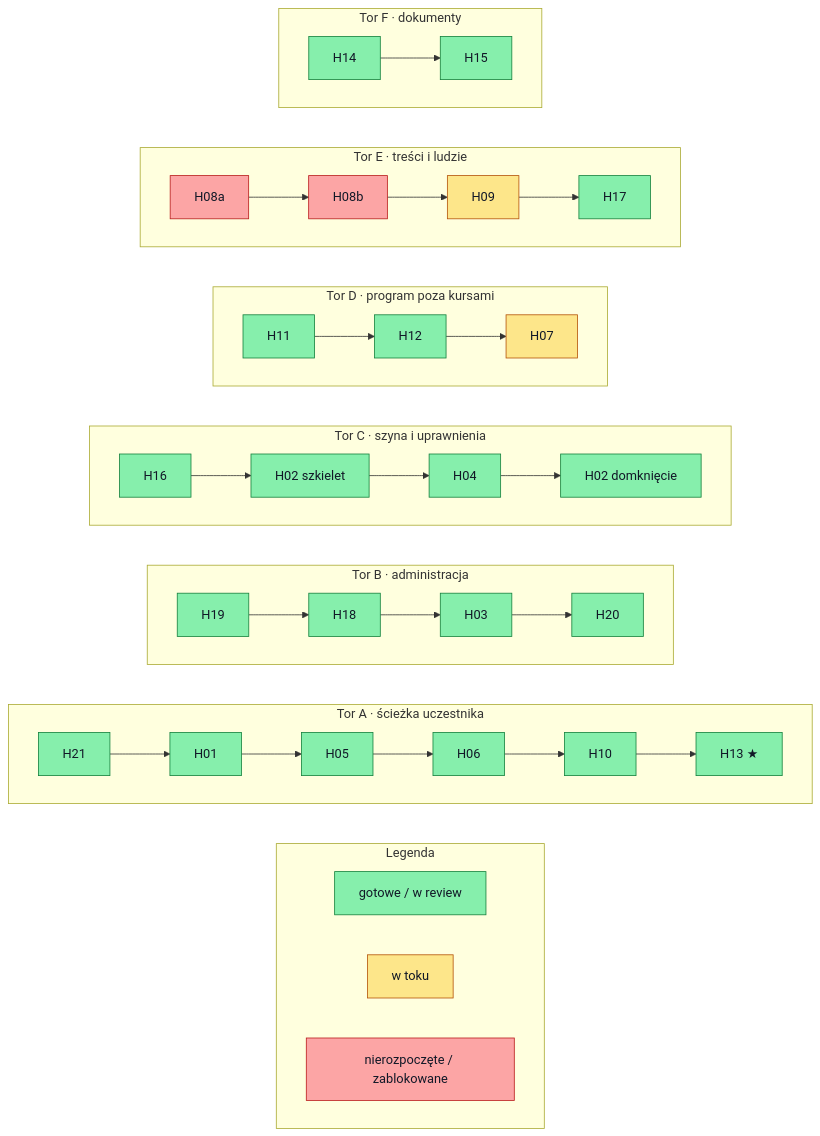
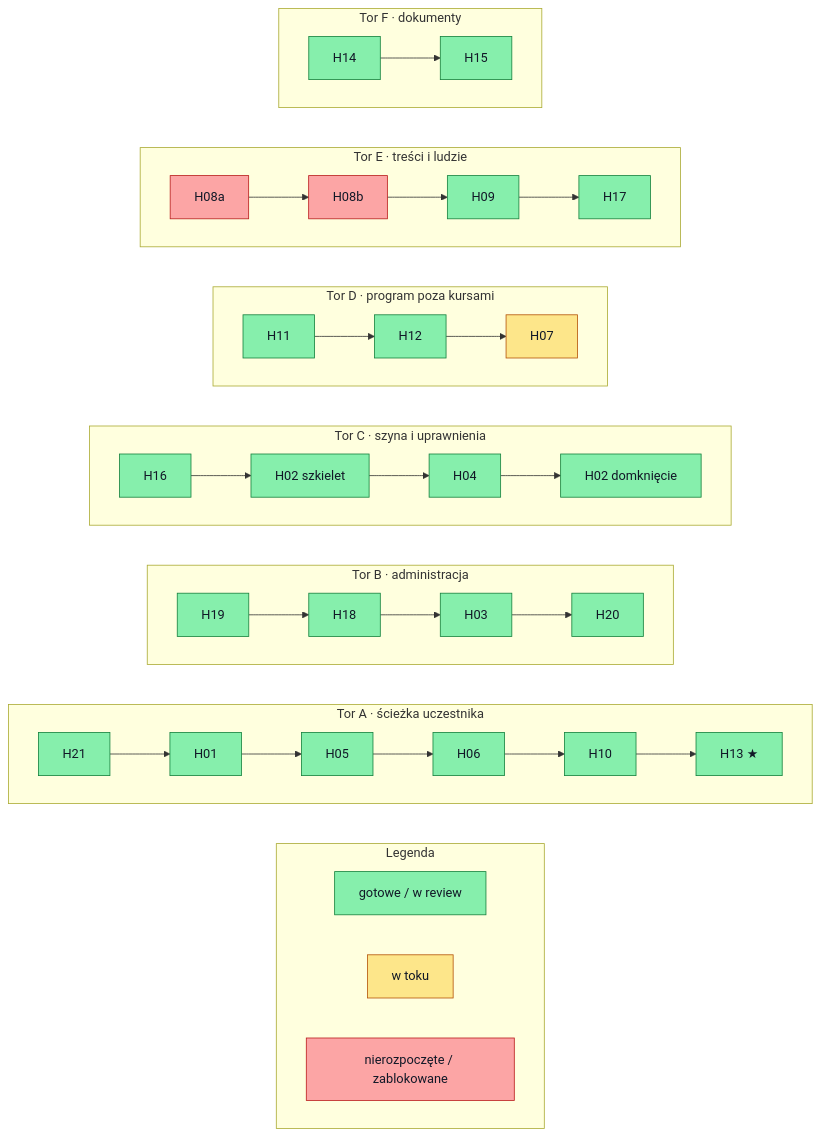
One commit to tomekwilczak/psychon-hackaton changed the fourth of 5 diagrams in docs/hackathon/05-zaleznosci-pakietow.md. Above: the diagram before and after it, drawn with Mermaid. The commit also changed other lines of this file, not shown here.

````diff
--- a/docs/hackathon/05-zaleznosci-pakietow.md
+++ b/docs/hackathon/05-zaleznosci-pakietow.md
@@ -227,37 +227,37 @@
 ```mermaid
 flowchart LR
   classDef done fill:#86efac,stroke:#15803d,color:#111827
   classDef wip fill:#fde68a,stroke:#b45309,color:#111827
   classDef todo fill:#fca5a5,stroke:#b91c1c,color:#111827
 
   subgraph LG["Legenda"]
     direction LR
     L1["gotowe / w review"]:::done
     L2["w toku"]:::wip
     L3["nierozpoczęte / zablokowane"]:::todo
   end
   subgraph TA["Tor A · ścieżka uczestnika"]
     direction LR
     A0["H21"]:::done --> A1["H01"]:::done --> A2["H05"]:::done --> A3["H06"]:::done --> A4["H10"]:::done --> A5["H13 ★"]:::done
   end
   subgraph TB["Tor B · administracja"]
     direction LR
     B0["H19"]:::done --> B1["H18"]:::done --> B2["H03"]:::done --> B3["H20"]:::done
   end
   subgraph TC["Tor C · szyna i uprawnienia"]
     direction LR
     C0["H16"]:::done --> C1["H02 szkielet"]:::done --> C2["H04"]:::done --> C3["H02 domknięcie"]:::done
   end
   subgraph TD["Tor D · program poza kursami"]
     direction LR
     D0["H11"]:::done --> D1["H12"]:::done --> D2["H07"]:::wip
   end
   subgraph TE["Tor E · treści i ludzie"]
     direction LR
-    E0["H08a"]:::todo --> E1["H08b"]:::todo --> E2["H09"]:::wip --> E3["H17"]:::done
+    E0["H08a"]:::todo --> E1["H08b"]:::todo --> E2["H09"]:::done --> E3["H17"]:::done
   end
   subgraph TF["Tor F · dokumenty"]
     direction LR
     F0["H14"]:::done --> F1["H15"]:::done
   end
 ```
````
